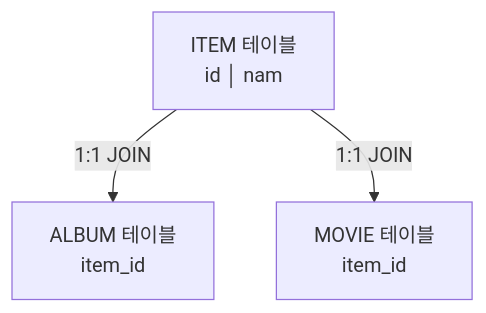
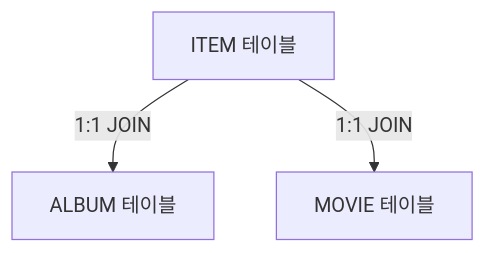
The ninth of 10 diagrams in _posts/jpa/2026-05-01-jpa-fundamentals.md (yjkim2015/yjkim2015.github.io), drawn with Mermaid before and after one commit. The commit also changed other lines of this file and 217 other files, not shown here.

First line of the commit message:
Mermaid 크기 수정: useMaxWidth:true + SVG max-width:100% + 라벨 축소

````diff
--- a/_posts/jpa/2026-05-01-jpa-fundamentals.md
+++ b/_posts/jpa/2026-05-01-jpa-fundamentals.md
@@ -494,8 +494,8 @@
 ```mermaid
 graph TD
-    ITEM["ITEM 테이블\nid │ nam"]
-    ALBUM["ALBUM 테이블\nitem_id"]
-    MOVIE["MOVIE 테이블\nitem_id"]
+    ITEM["ITEM 테이블"]
+    ALBUM["ALBUM 테이블"]
+    MOVIE["MOVIE 테이블"]
     ITEM -->|"1:1 JOIN"| ALBUM
     ITEM -->|"1:1 JOIN"| MOVIE
 ```
````
